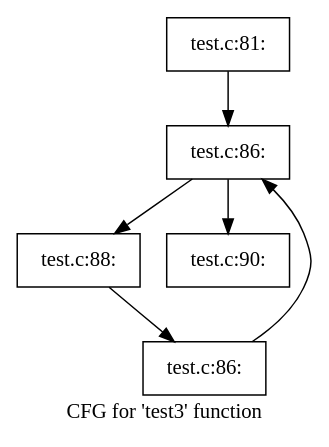
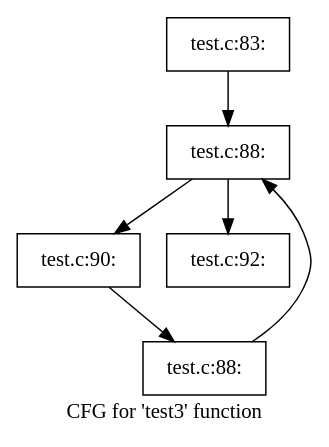
Before and after one commit to williamslay/NJUPT_Bachelor: the diagram in testing/temp/dot-files/cfg.test3.dot, drawn with Graphviz. The commit also changed 34 other files, not shown here.

```diff
--- a/testing/temp/dot-files/cfg.test3.dot
+++ b/testing/temp/dot-files/cfg.test3.dot
@@ -1,14 +1,14 @@
 digraph "CFG for 'test3' function" {
 	label="CFG for 'test3' function";
 
-	Node0x55c0d67a3b60 [shape=record,label="{test.c:81:}"];
-	Node0x55c0d67a3b60 -> Node0x55c0d67a45c0;
-	Node0x55c0d67a45c0 [shape=record,label="{test.c:86:}"];
-	Node0x55c0d67a45c0 -> Node0x55c0d67a4700;
-	Node0x55c0d67a45c0 -> Node0x55c0d67a3850;
-	Node0x55c0d67a4700 [shape=record,label="{test.c:88:}"];
-	Node0x55c0d67a4700 -> Node0x55c0d67a4670;
-	Node0x55c0d67a4670 [shape=record,label="{test.c:86:}"];
-	Node0x55c0d67a4670 -> Node0x55c0d67a45c0;
-	Node0x55c0d67a3850 [shape=record,label="{test.c:90:}"];
+	Node0x561f1ae922e0 [shape=record,label="{test.c:83:}"];
+	Node0x561f1ae922e0 -> Node0x561f1ae92d40;
+	Node0x561f1ae92d40 [shape=record,label="{test.c:88:}"];
+	Node0x561f1ae92d40 -> Node0x561f1ae92e80;
+	Node0x561f1ae92d40 -> Node0x561f1ae91fd0;
+	Node0x561f1ae92e80 [shape=record,label="{test.c:90:}"];
+	Node0x561f1ae92e80 -> Node0x561f1ae92df0;
+	Node0x561f1ae92df0 [shape=record,label="{test.c:88:}"];
+	Node0x561f1ae92df0 -> Node0x561f1ae92d40;
+	Node0x561f1ae91fd0 [shape=record,label="{test.c:92:}"];
 }
```
